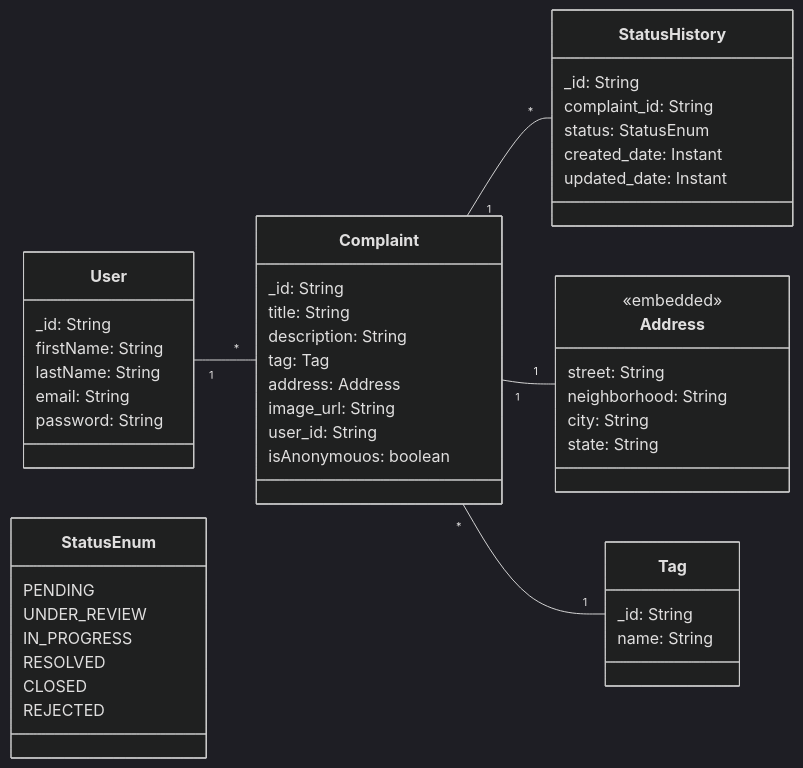
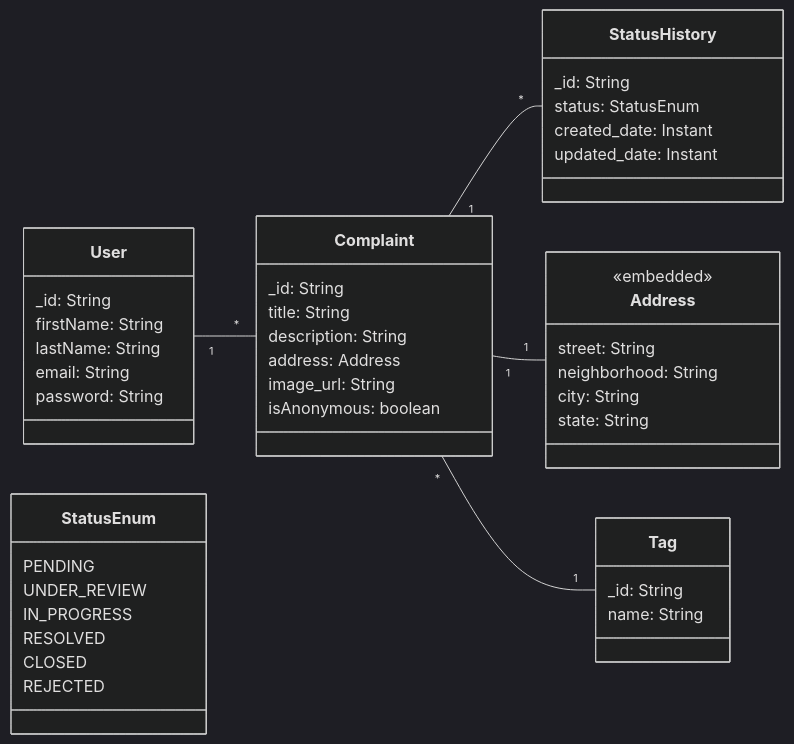
The diagram in README.md (rubensrabelo/api_den-ncias_sociais_java), drawn with Mermaid (dark theme) before and after one commit. The commit also changed 1 other file, not shown here.

Commit message:
feat(model): add create complaint model

````diff
--- a/README.md
+++ b/README.md
@@ -3,58 +3,55 @@
 ``` mermaid
 classDiagram
   direction LR
   class User {
     _id: String
     firstName: String
     lastName: String
     email: String
     password: String
   }
 
   class Address {
     <<embedded>>
     street: String
     neighborhood: String
     city: String
     state: String
   }
   
   class Complaint {
     _id: String
     title: String
     description: String
-    tag: Tag
     address: Address
     image_url: String
-    user_id: String
-    isAnonymouos: boolean
+    isAnonymous: boolean
   }
 
   class StatusEnum {
     PENDING
     UNDER_REVIEW
     IN_PROGRESS
     RESOLVED
     CLOSED
     REJECTED
   }
   
   class StatusHistory {
     _id: String
-    complaint_id: String
     status: StatusEnum
     created_date: Instant
     updated_date: Instant
   }
 
   class Tag {
     _id: String
     name: String
   }
 
   User "1"-- "*" Complaint
   Complaint "1"-- "*" StatusHistory
   Complaint "1"--"1" Address
   Complaint "*"-- "1" Tag
 
 ```
````
